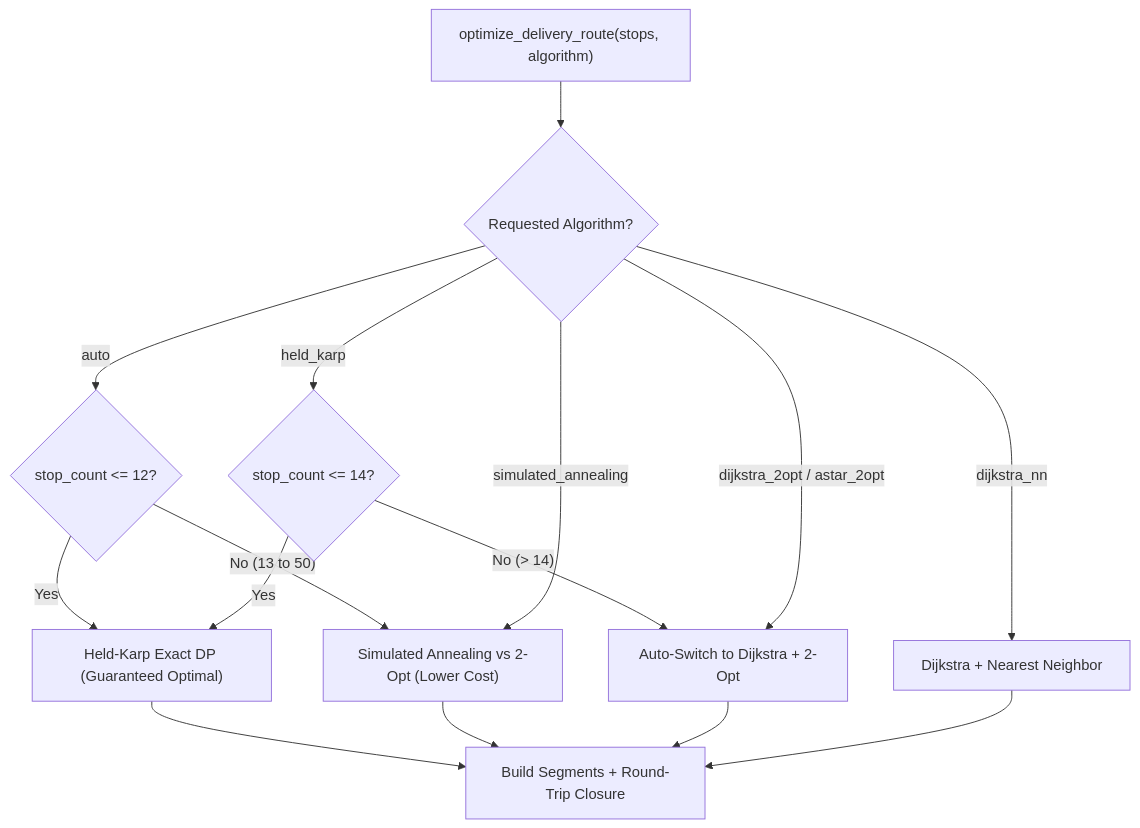
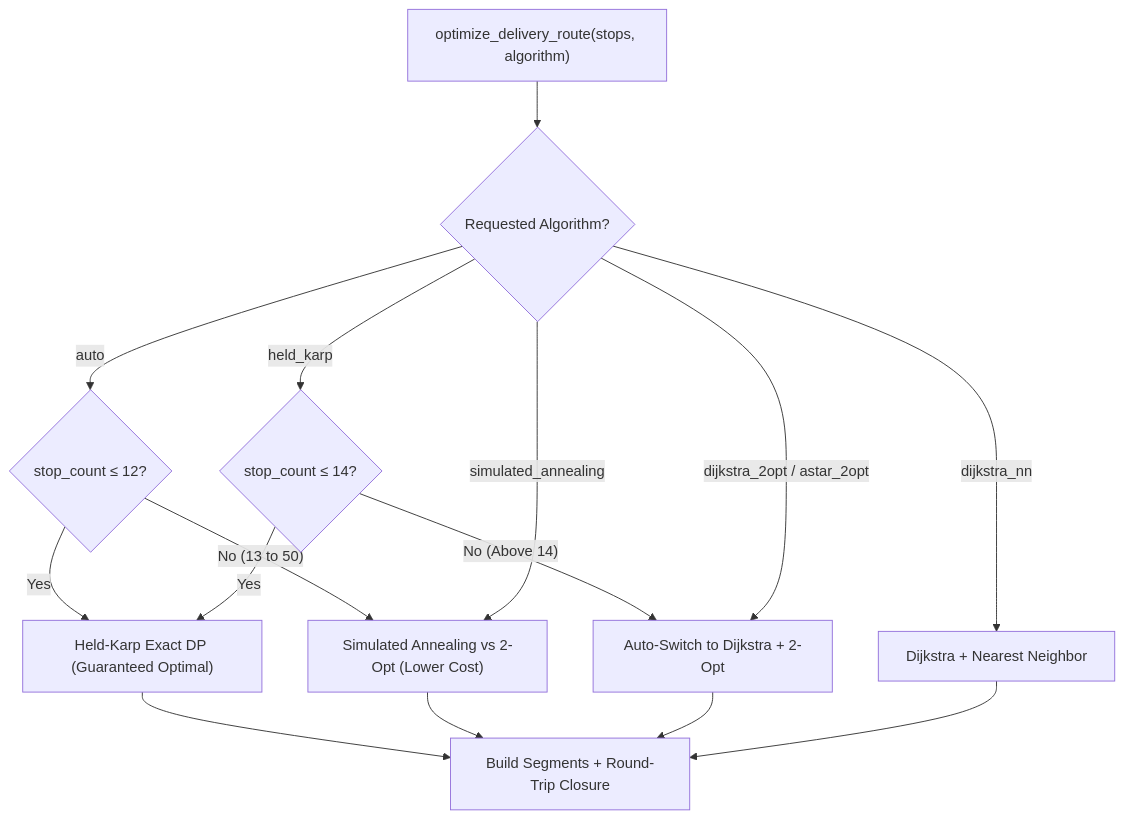
Before and after one commit to madhanmohanreddyperam06/MinRoute: the second of 4 diagrams in README.md, drawn with Mermaid. The commit also changed other lines of this file, not shown here.

````diff
--- a/README.md
+++ b/README.md
@@ -139,21 +107,21 @@
 ```mermaid
 flowchart TD
     START["optimize_delivery_route(stops, algorithm)"] --> CHECK{"Requested Algorithm?"}
 
-    CHECK -- "auto" --> AUTO_LIMIT{"stop_count <= 12?"}
+    CHECK -- "auto" --> AUTO_LIMIT{"stop_count ≤ 12?"}
     AUTO_LIMIT -- "Yes" --> HK["Held-Karp Exact DP (Guaranteed Optimal)"]
     AUTO_LIMIT -- "No (13 to 50)" --> SA["Simulated Annealing vs 2-Opt (Lower Cost)"]
 
-    CHECK -- "held_karp" --> HK_LIMIT{"stop_count <= 14?"}
+    CHECK -- "held_karp" --> HK_LIMIT{"stop_count ≤ 14?"}
     HK_LIMIT -- "Yes" --> HK
-    HK_LIMIT -- "No (> 14)" --> TWO_OPT["Auto-Switch to Dijkstra + 2-Opt"]
+    HK_LIMIT -- "No (Above 14)" --> TWO_OPT["Auto-Switch to Dijkstra + 2-Opt"]
 
     CHECK -- "dijkstra_2opt / astar_2opt" --> TWO_OPT
     CHECK -- "dijkstra_nn" --> NN["Dijkstra + Nearest Neighbor"]
     CHECK -- "simulated_annealing" --> SA
 
     HK --> TOUR["Build Segments + Round-Trip Closure"]
     SA --> TOUR
     TWO_OPT --> TOUR
     NN --> TOUR
 ```
````
